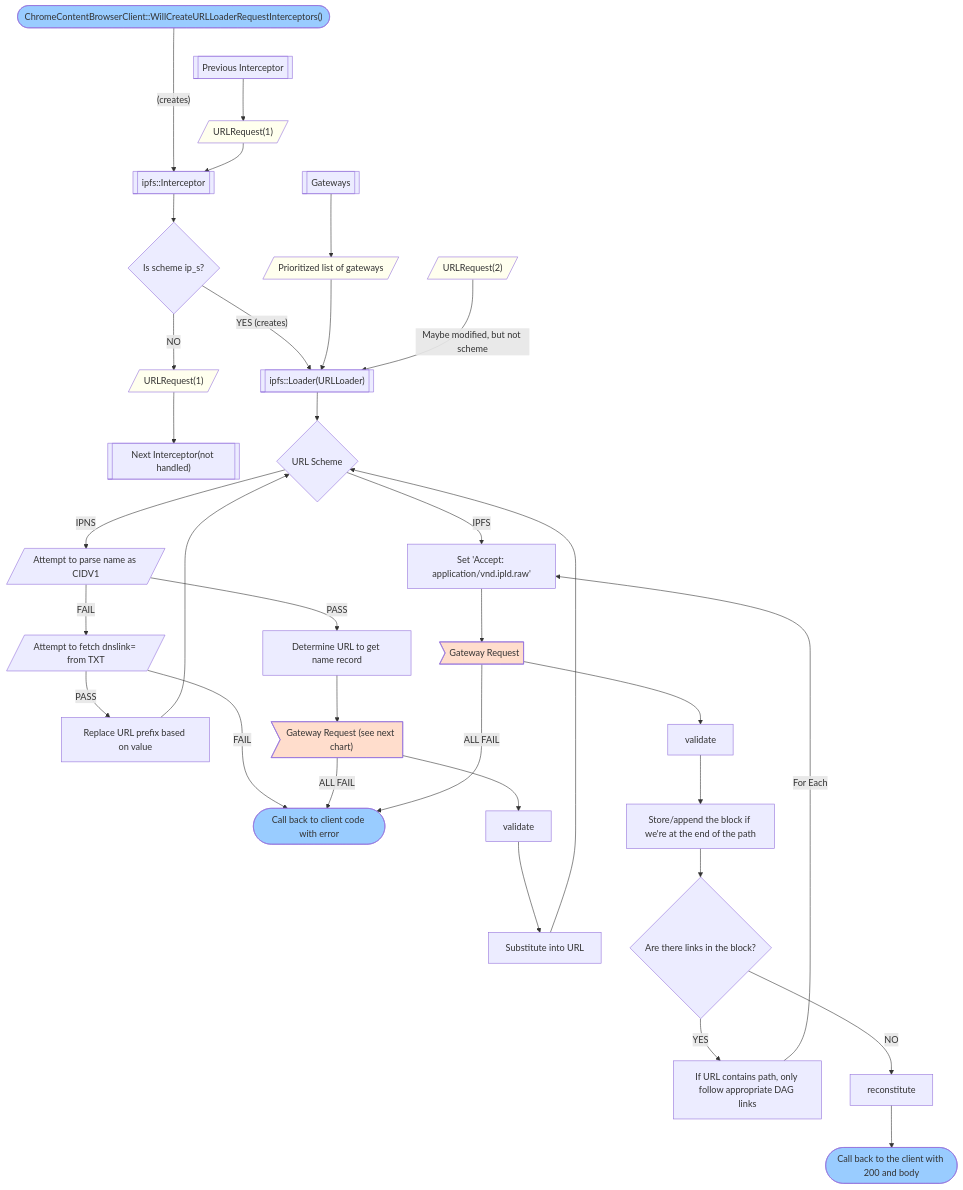
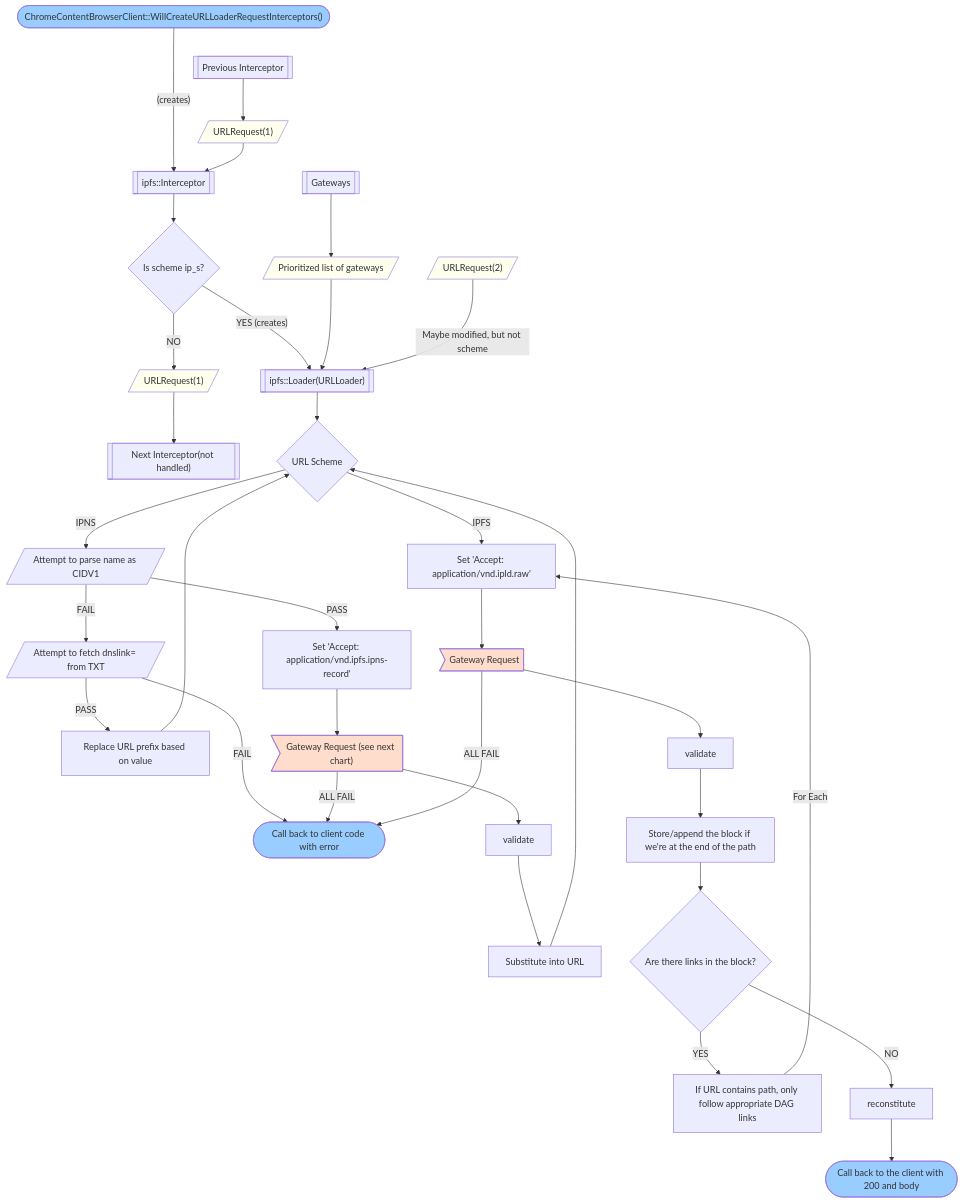
The first of 3 diagrams in README.md (little-bear-labs/ipfs-chromium), drawn with Mermaid before and after one commit. The commit also changed other lines of this file, not shown here.

Commit message:
Better understanding if the ipns verification feature.

````diff
--- a/README.md
+++ b/README.md
@@ -43,32 +41,32 @@
 ```mermaid
 graph TD;
     start(["ChromeContentBrowserClient::WillCreateURLLoaderRequestInterceptors()"])
     style start fill:#9CF
     start --"(creates)"----> inter[[ipfs::Interceptor]]
     prev[[Previous Interceptor]] --> req0[/"URLRequest(1)"/]
     style req0 fill:#FFE
     req0 --> inter
     inter --> is_ipfs{"Is scheme ip_s?"}
     is_ipfs --NO--> req1[/"URLRequest(1)"/]
     style req1 fill:#FFE
     req1 --> next[["Next Interceptor(not handled)"]]
     is_ipfs --"YES (creates)"--> loader[["ipfs::Loader(URLLoader)"]]
     state[["Gateways"]] --> gwlist[/"Prioritized list of gateways"/] --> loader
     style gwlist fill:#FFE
     req2[/"URLRequest(2)"/] --"Maybe modified, but not scheme"--> loader
     style req2 fill:#FFE
     errored(["Call back to client code with error"])
     style errored fill:#9CF
     loader --> is_ipns{"URL Scheme"} --IPNS--> parse_ipns[/"Attempt to parse name as CIDV1"/] --FAIL--> dns_txt[/"Attempt to fetch dnslink= from TXT"/] --FAIL--> errored
     dns_txt --PASS--> dns_sub["Replace URL prefix based on value"] --> is_ipns
-    parse_ipns --PASS--> detnrurl["Determine URL to get name record"] --> gwreq>"Gateway Request (see next chart)"]
+    parse_ipns --PASS--> detnrurl["Set 'Accept: application/vnd.ipfs.ipns-record'"] --> gwreq>"Gateway Request (see next chart)"]
     style gwreq fill:#FDC
     gwreq --> validate --> sub["Substitute into URL"] --> is_ipns
     is_ipns --IPFS--> hdr["Set 'Accept: application/vnd.ipld.raw'"] --> gwreq0>"Gateway Request"]
     style gwreq0 fill:#FDC
     gwreq0 --> v["validate"] --> store["Store/append the block if we're at the end of the path"] --> links{"Are there links in the block?"} --YES--> filtr["If URL contains path, only follow appropriate DAG links"] --"For Each"--> hdr
     gwreq --ALL FAIL--> errored
     gwreq0 --ALL FAIL--> errored
     links --NO--> reconstitute --> successed(["Call back to the client with 200 and body"])
     style successed fill:#9CF    
  ```
````
